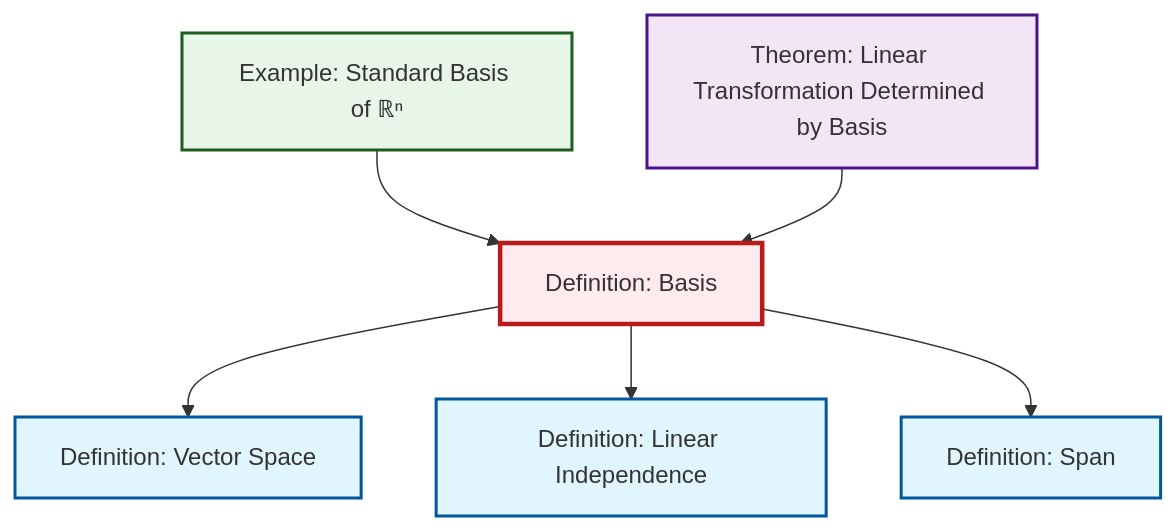
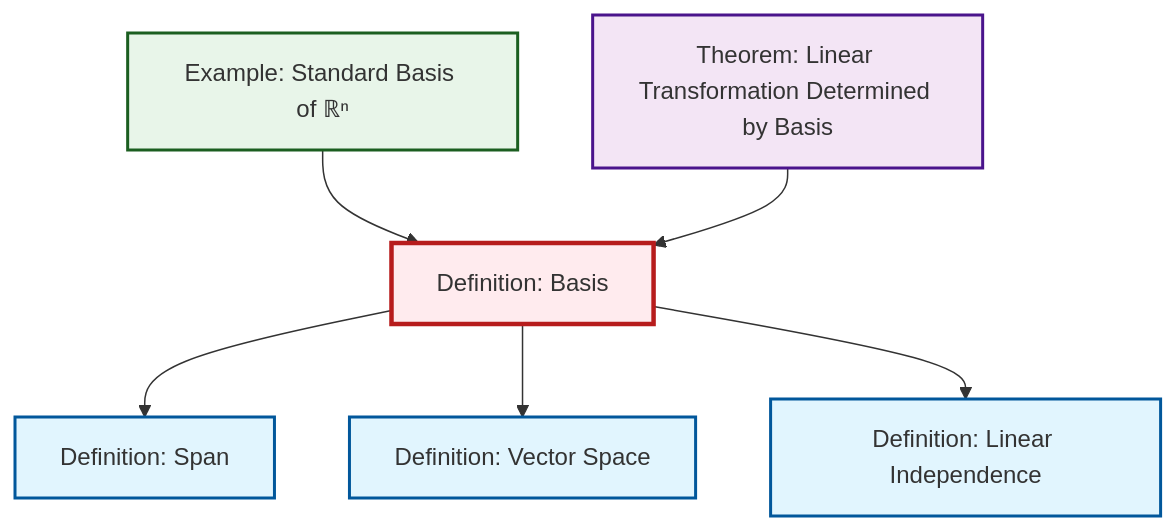
The diagram in content/en/algebra/def-basis.qmd (RK0429/ModernMath), drawn with Mermaid before and after one commit. The commit also changed other lines of this file and 554 other files, not shown here.

````diff
--- a/content/en/algebra/def-basis.qmd
+++ b/content/en/algebra/def-basis.qmd
@@ -48,26 +48,26 @@
 ```{mermaid}
 %%| fig-cap: "Local dependency graph"
 graph TD
     classDef definition fill:#e1f5fe,stroke:#01579b,stroke-width:2px
     classDef theorem fill:#f3e5f5,stroke:#4a148c,stroke-width:2px
     classDef axiom fill:#fff3e0,stroke:#e65100,stroke-width:2px
     classDef example fill:#e8f5e9,stroke:#1b5e20,stroke-width:2px
     classDef current fill:#ffebee,stroke:#b71c1c,stroke-width:3px
-    thm-linear-transformation-basis["Theorem: Linear Transformation Determined by Basis"]:::theorem
-    ex-standard-basis-rn["Example: Standard Basis of ℝⁿ"]:::example
     def-vector-space["Definition: Vector Space"]:::definition
     def-span["Definition: Span"]:::definition
+    thm-linear-transformation-basis["Theorem: Linear Transformation Determined by Basis"]:::theorem
+    def-basis["Definition: Basis"]:::definition
+    ex-standard-basis-rn["Example: Standard Basis of ℝⁿ"]:::example
     def-linear-independence["Definition: Linear Independence"]:::definition
-    def-basis["Definition: Basis"]:::definition
+    def-basis --> def-span
     ex-standard-basis-rn --> def-basis
     def-basis --> def-vector-space
+    thm-linear-transformation-basis --> def-basis
     def-basis --> def-linear-independence
-    def-basis --> def-span
-    thm-linear-transformation-basis --> def-basis
     class def-basis current
+    click def-vector-space "def-vector-space.html" "Go to Vector Space definition"
+    click def-span "def-span.html" "Go to Span definition"
     click thm-linear-transformation-basis "thm-linear-transformation-basis.html" "Go to Linear Transformation Determined by Basis theorem"
     click ex-standard-basis-rn "ex-standard-basis-rn.html" "Go to Standard Basis of ℝⁿ example"
-    click def-vector-space "def-vector-space.html" "Go to Vector Space definition"
-    click def-span "def-span.html" "Go to Span definition"
     click def-linear-independence "def-linear-independence.html" "Go to Linear Independence definition"
 ```
````
